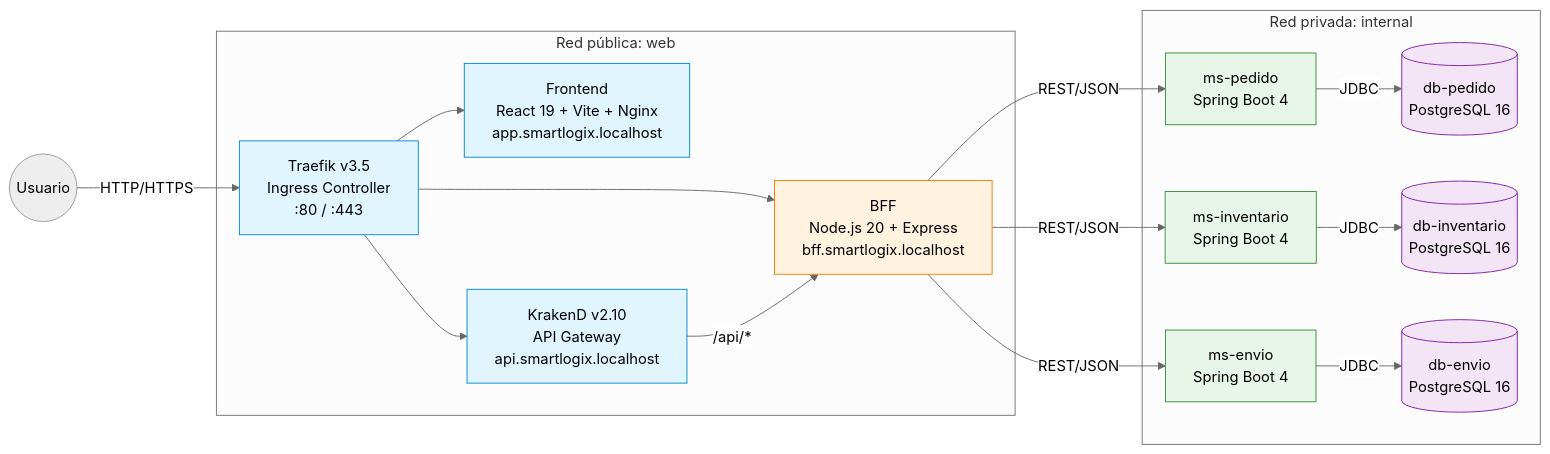
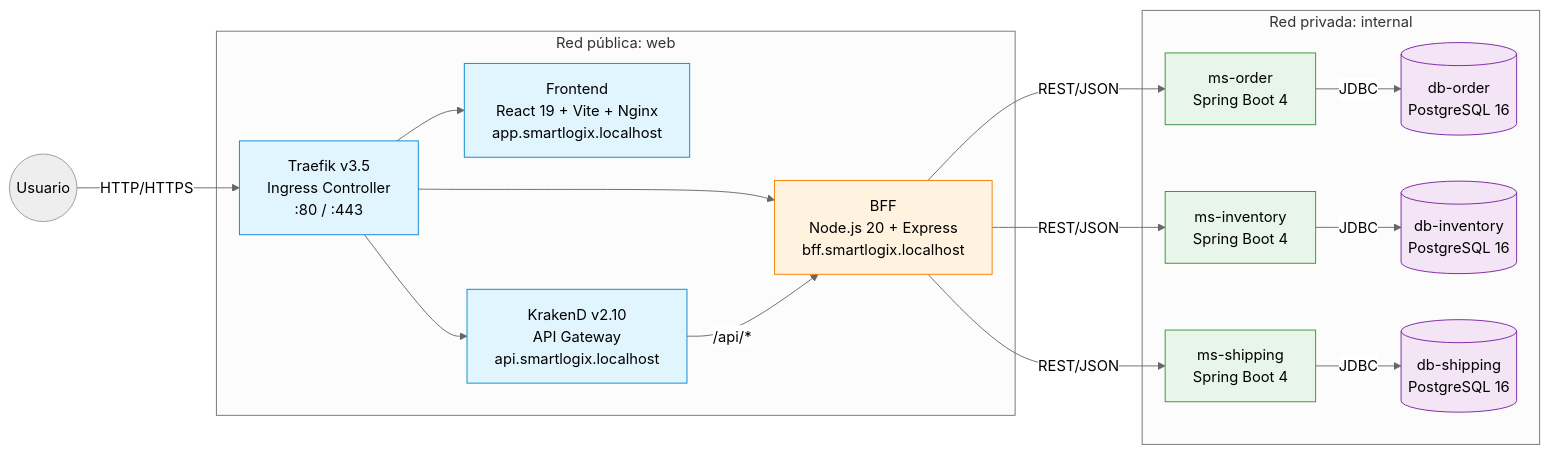
The first of 9 diagrams in README.md (smartLogixfs/smartlogixs), drawn with Mermaid (neutral theme) before and after one commit. The commit also changed other lines of this file and 160 other files, not shown here.

````diff
--- a/README.md
+++ b/README.md
@@ -51,41 +53,41 @@
 ```mermaid
 flowchart LR
     User((Usuario))
 
     subgraph Web["Red pública: web"]
         Traefik["Traefik v3.5<br/>Ingress Controller<br/>:80 / :443"]
         Frontend["Frontend<br/>React 19 + Vite + Nginx<br/>app.smartlogix.localhost"]
         Krakend["KrakenD v2.10<br/>API Gateway<br/>api.smartlogix.localhost"]
         BFF["BFF<br/>Node.js 20 + Express<br/>bff.smartlogix.localhost"]
     end
 
     subgraph Internal["Red privada: internal"]
-        MSPed["ms-pedido<br/>Spring Boot 4"]
-        MSInv["ms-inventario<br/>Spring Boot 4"]
-        MSEnv["ms-envio<br/>Spring Boot 4"]
-        DBPed[("db-pedido<br/>PostgreSQL 16")]
-        DBInv[("db-inventario<br/>PostgreSQL 16")]
-        DBEnv[("db-envio<br/>PostgreSQL 16")]
+        MSPed["ms-order<br/>Spring Boot 4"]
+        MSInv["ms-inventory<br/>Spring Boot 4"]
+        MSEnv["ms-shipping<br/>Spring Boot 4"]
+        DBPed[("db-order<br/>PostgreSQL 16")]
+        DBInv[("db-inventory<br/>PostgreSQL 16")]
+        DBEnv[("db-shipping<br/>PostgreSQL 16")]
     end
 
     User -->|HTTP/HTTPS| Traefik
     Traefik --> Frontend
     Traefik --> Krakend
     Traefik --> BFF
     Krakend -->|/api/*| BFF
     BFF -->|REST/JSON| MSPed
     BFF -->|REST/JSON| MSInv
     BFF -->|REST/JSON| MSEnv
     MSPed -->|JDBC| DBPed
     MSInv -->|JDBC| DBInv
     MSEnv -->|JDBC| DBEnv
 
     classDef edge fill:#e1f5ff,stroke:#0288d1
     classDef bff fill:#fff3e0,stroke:#f57c00
     classDef ms fill:#e8f5e9,stroke:#388e3c
     classDef db fill:#f3e5f5,stroke:#7b1fa2
     class Traefik,Frontend,Krakend edge
     class BFF bff
     class MSPed,MSInv,MSEnv ms
     class DBPed,DBInv,DBEnv db
 ```
````
